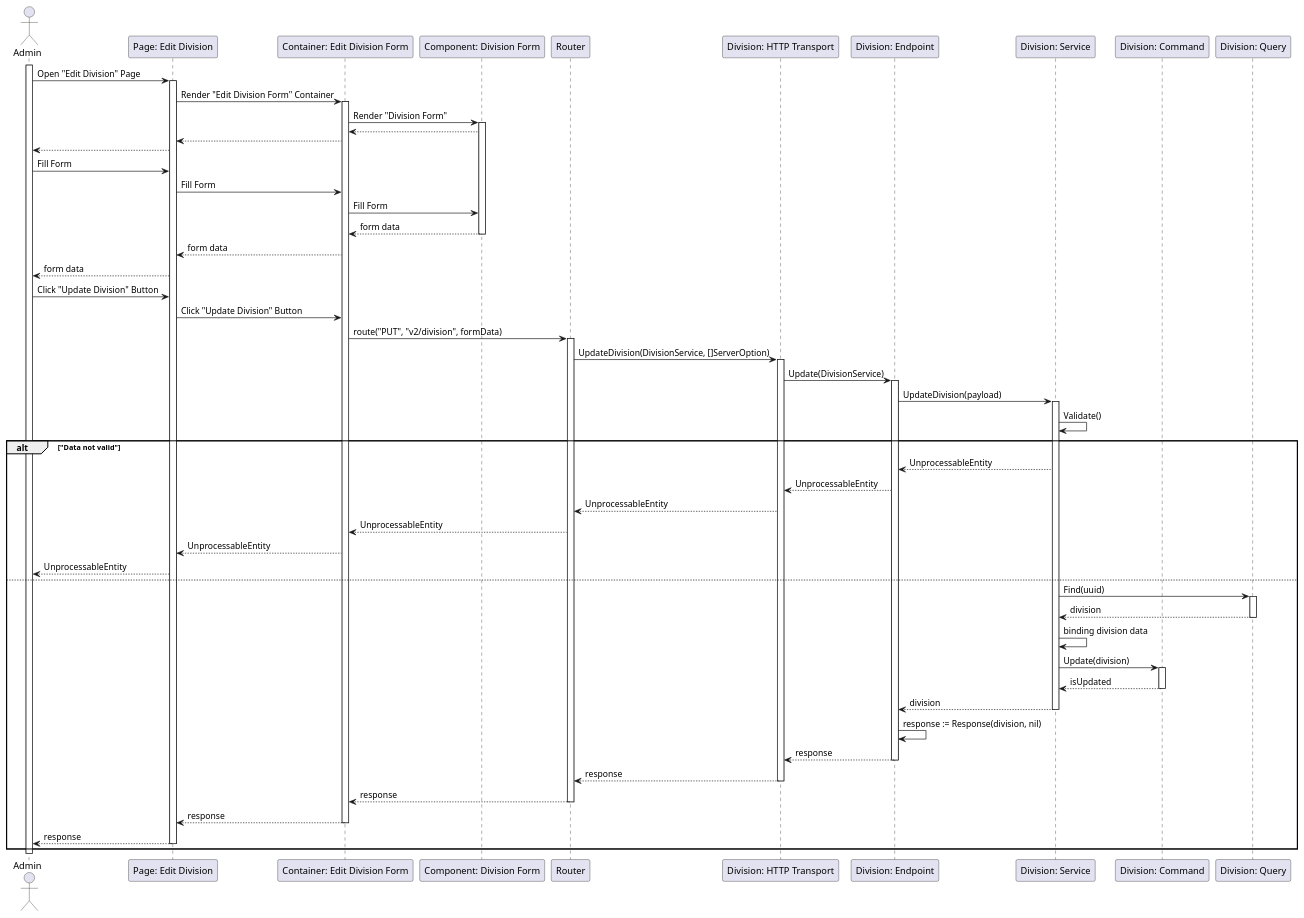
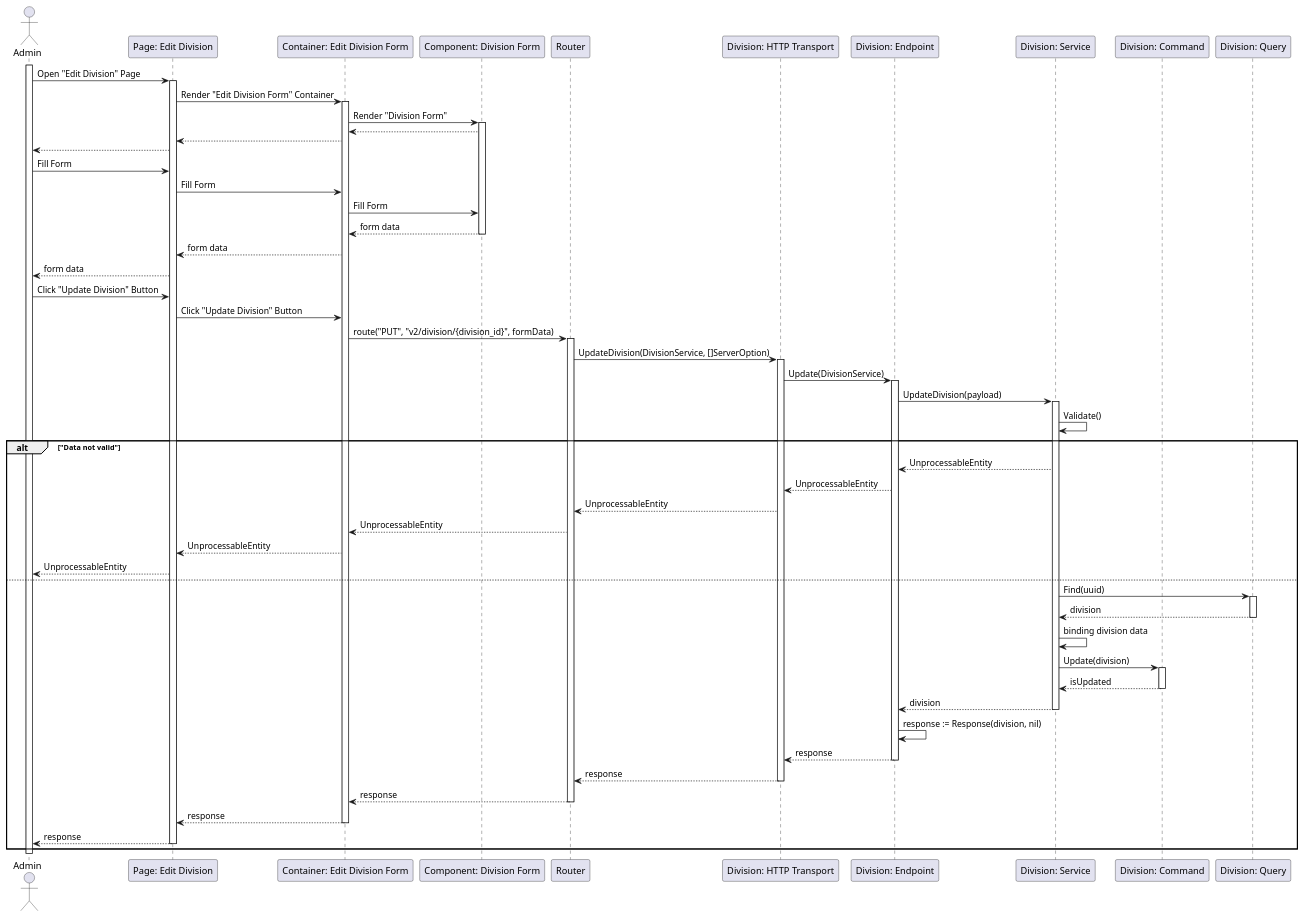
The diagram in Sequance/Release01/UpdateDivision.wsd (fwidjaya20/fazzlearning-uml), drawn with PlantUML before and after one commit. The commit also changed 7 other files, not shown here.

Commit message:
sequence: updating invalid route

```diff
--- a/Sequance/Release01/UpdateDivision.wsd
+++ b/Sequance/Release01/UpdateDivision.wsd
@@ -1,80 +1,80 @@
 @startuml UpdateDivision
 
 actor Admin
 participant "Page: Edit Division" as EditDivisionPage
 participant "Container: Edit Division Form" as EditDivisionFormContainer
 participant "Component: Division Form" as DivisionForm
 participant "Router" as Router
 participant "Division: HTTP Transport" as DivisionHTTPTransport
 participant "Division: Endpoint" as DivisionEndpoint
 participant "Division: Service" as DivisionService
 participant "Division: Command" as DivisionCommand
 participant "Division: Query" as DivisionQuery
 
 activate Admin
 
 Admin->EditDivisionPage: Open "Edit Division" Page
 activate EditDivisionPage
 EditDivisionPage->EditDivisionFormContainer: Render "Edit Division Form" Container
 activate EditDivisionFormContainer
 EditDivisionFormContainer->DivisionForm: Render "Division Form"
 activate DivisionForm
 DivisionForm-->EditDivisionFormContainer
 EditDivisionFormContainer-->EditDivisionPage
 EditDivisionPage-->Admin
 
 Admin->EditDivisionPage: Fill Form
 EditDivisionPage->EditDivisionFormContainer: Fill Form
 EditDivisionFormContainer->DivisionForm: Fill Form
 DivisionForm-->EditDivisionFormContainer: form data
 deactivate DivisionForm
 EditDivisionFormContainer-->EditDivisionPage: form data
 EditDivisionPage-->Admin: form data
 
 Admin->EditDivisionPage: Click "Update Division" Button
 EditDivisionPage->EditDivisionFormContainer: Click "Update Division" Button
-EditDivisionFormContainer->Router: route("PUT", "v2/division", formData)
+EditDivisionFormContainer->Router: route("PUT", "v2/division/{division_id}", formData)
 activate Router
 Router->DivisionHTTPTransport: UpdateDivision(DivisionService, []ServerOption)
 activate DivisionHTTPTransport
 DivisionHTTPTransport->DivisionEndpoint: Update(DivisionService)
 activate DivisionEndpoint
 DivisionEndpoint->DivisionService: UpdateDivision(payload)
 activate DivisionService
 DivisionService->DivisionService: Validate()
 
 alt "Data not valid"
     DivisionService-->DivisionEndpoint: UnprocessableEntity
     DivisionEndpoint-->DivisionHTTPTransport: UnprocessableEntity
     DivisionHTTPTransport-->Router: UnprocessableEntity
     Router-->EditDivisionFormContainer: UnprocessableEntity
     EditDivisionFormContainer-->EditDivisionPage: UnprocessableEntity
     EditDivisionPage-->Admin: UnprocessableEntity
 else
     DivisionService->DivisionQuery: Find(uuid)
     activate DivisionQuery
     DivisionQuery-->DivisionService: division
     deactivate DivisionQuery
     DivisionService->DivisionService: binding division data
     DivisionService->DivisionCommand: Update(division)
     activate DivisionCommand
     DivisionCommand-->DivisionService: isUpdated
     deactivate DivisionCommand
     DivisionService-->DivisionEndpoint: division
     deactivate DivisionService
     DivisionEndpoint->DivisionEndpoint: response := Response(division, nil)
     DivisionEndpoint-->DivisionHTTPTransport: response
     deactivate DivisionEndpoint
     DivisionHTTPTransport-->Router: response
     deactivate DivisionHTTPTransport
     Router-->EditDivisionFormContainer: response
     deactivate Router
     EditDivisionFormContainer-->EditDivisionPage: response
     deactivate EditDivisionFormContainer
     EditDivisionPage-->Admin: response
     deactivate EditDivisionPage
 end
 
 deactivate Admin
 
 @enduml
```
